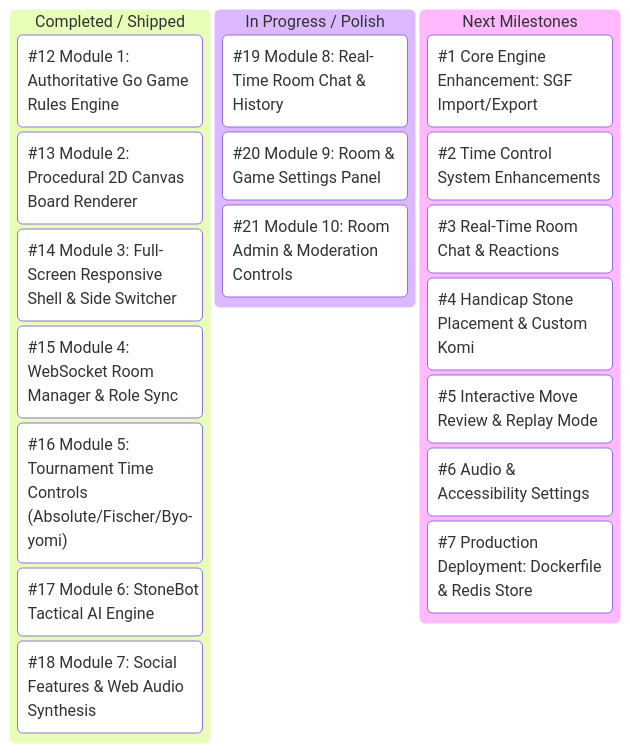
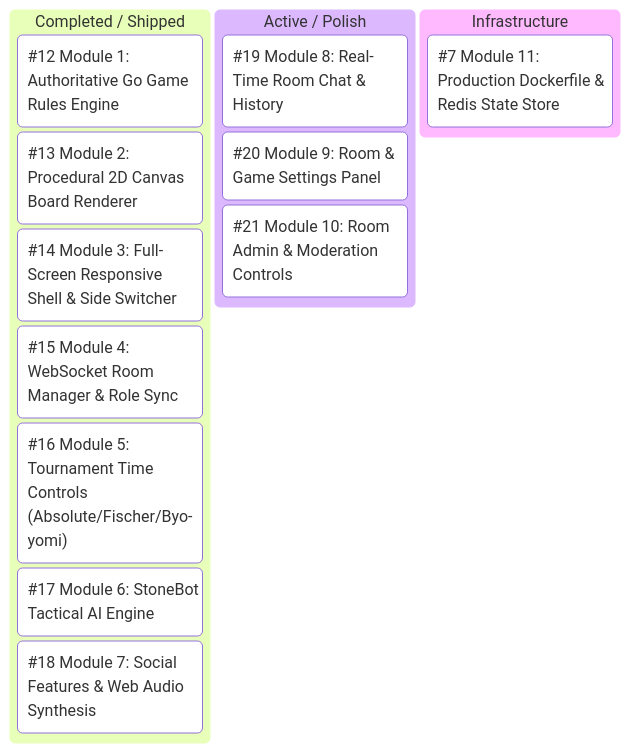
One commit to Archon-Phi/stonesync changed the diagram in PROJECT_ROADMAP.md. Above: the diagram before and after it, drawn with Mermaid. The commit also changed other lines of this file, not shown here.

Commit message:
docs: update PROJECT_ROADMAP.md with restructured module issues #7, #12-#21

````diff
--- a/PROJECT_ROADMAP.md
+++ b/PROJECT_ROADMAP.md
@@ -11,23 +11,17 @@
 ```mermaid
 kanban
   done[Completed / Shipped]
     issue_12["#12 Module 1: Authoritative Go Game Rules Engine"]
     issue_13["#13 Module 2: Procedural 2D Canvas Board Renderer"]
     issue_14["#14 Module 3: Full-Screen Responsive Shell & Side Switcher"]
     issue_15["#15 Module 4: WebSocket Room Manager & Role Sync"]
     issue_16["#16 Module 5: Tournament Time Controls (Absolute/Fischer/Byo-yomi)"]
     issue_17["#17 Module 6: StoneBot Tactical AI Engine"]
     issue_18["#18 Module 7: Social Features & Web Audio Synthesis"]
-  in_progress[In Progress / Polish]
+  in_progress[Active / Polish]
     issue_19["#19 Module 8: Real-Time Room Chat & History"]
     issue_20["#20 Module 9: Room & Game Settings Panel"]
     issue_21["#21 Module 10: Room Admin & Moderation Controls"]
-  backlog[Next Milestones]
-    issue_1["#1 Core Engine Enhancement: SGF Import/Export"]
-    issue_2["#2 Time Control System Enhancements"]
-    issue_3["#3 Real-Time Room Chat & Reactions"]
-    issue_4["#4 Handicap Stone Placement & Custom Komi"]
-    issue_5["#5 Interactive Move Review & Replay Mode"]
-    issue_6["#6 Audio & Accessibility Settings"]
-    issue_7["#7 Production Deployment: Dockerfile & Redis Store"]
+  infrastructure[Infrastructure]
+    issue_7["#7 Module 11: Production Dockerfile & Redis State Store"]
 ```
````
